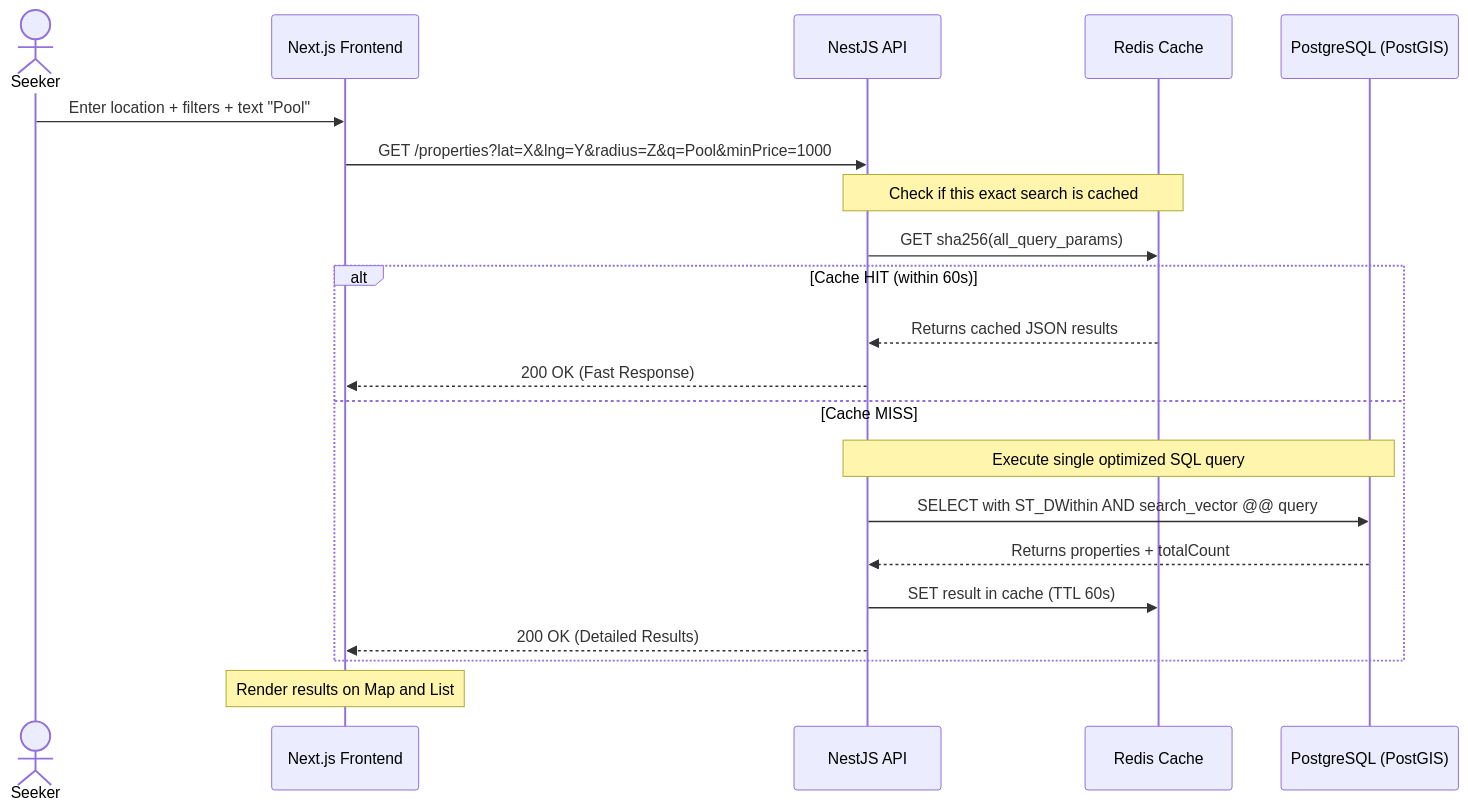
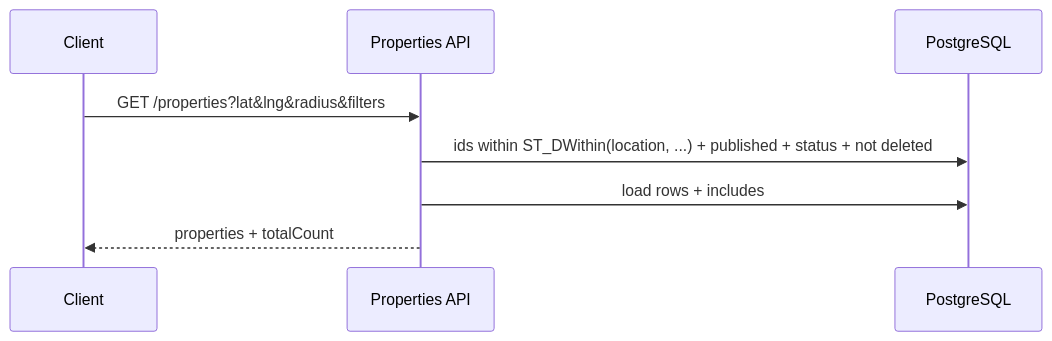
Before and after one commit to Raz-Bouganim/ProperT: the sixth of 7 diagrams in ARCHITECTURE.md, drawn with Mermaid. The commit also changed other lines of this file and 4 other files, not shown here.

````diff
--- a/ARCHITECTURE.md
+++ b/ARCHITECTURE.md
@@ -858,27 +639,11 @@
 ```mermaid
 sequenceDiagram
-    actor Seeker
-    participant FE as Next.js Frontend
-    participant API as NestJS API
-    participant CACHE as Redis Cache
-    participant DB as PostgreSQL (PostGIS)
+  participant Client
+  participant API as Properties API
+  participant DB as PostgreSQL
 
-    Seeker->>FE: Enter location + filters + text "Pool"
-    FE->>API: GET /properties?lat=X&lng=Y&radius=Z&q=Pool&minPrice=1000
-
-    Note over API,CACHE: Check if this exact search is cached
-    API->>CACHE: GET sha256(all_query_params)
-
-    alt Cache HIT (within 60s)
-        CACHE-->>API: Returns cached JSON results
-        API-->>FE: 200 OK (Fast Response)
-    else Cache MISS
-        Note over API,DB: Execute single optimized SQL query
-        API->>DB: SELECT with ST_DWithin AND search_vector @@ query
-        DB-->>API: Returns properties + totalCount
-        API->>CACHE: SET result in cache (TTL 60s)
-        API-->>FE: 200 OK (Detailed Results)
-    end
-
-    Note over FE: Render results on Map and List
+  Client->>API: GET /properties?lat&lng&radius&filters
+  API->>DB: ids within ST_DWithin(location, ...) + published + status + not deleted
+  API->>DB: load rows + includes
+  API-->>Client: properties + totalCount
 ```
````
